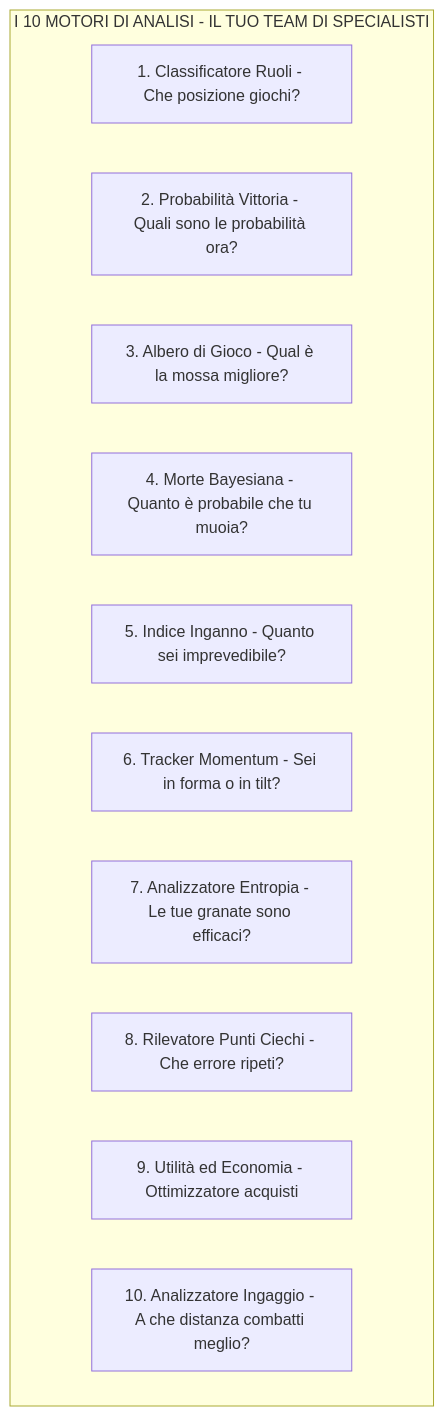
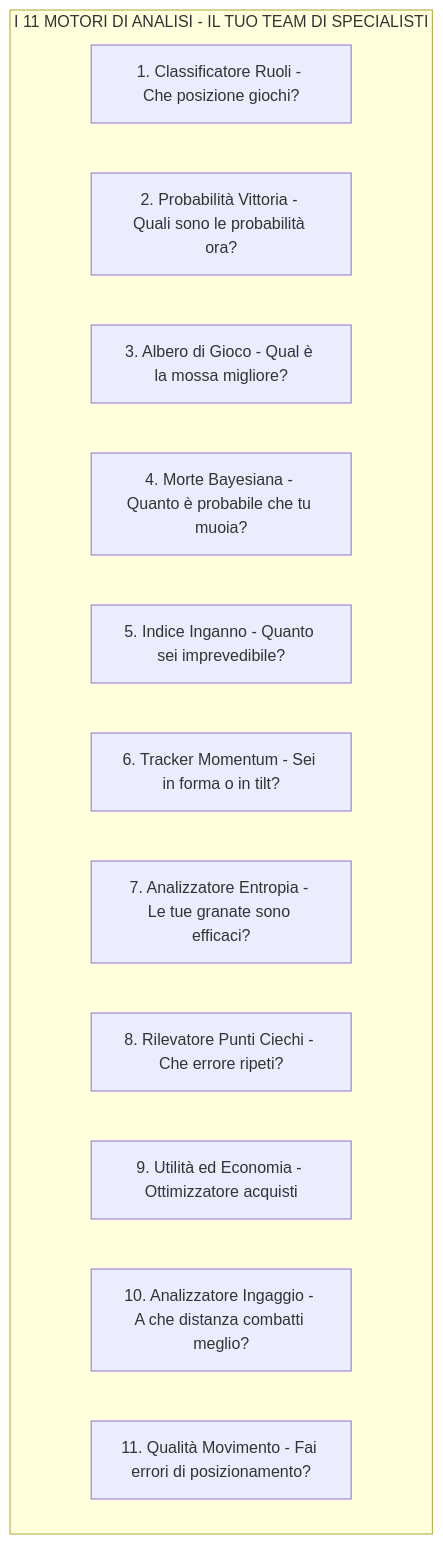
Diagram 16 of 48 in docs/books/Book-Coach-2.md (renanaugustomacena-ux/Counter-Strike-coach-AI), drawn with Mermaid before and after one commit. The commit also changed other lines of this file, not shown here.

````diff
--- a/docs/books/Book-Coach-2.md
+++ b/docs/books/Book-Coach-2.md
@@ -663,15 +736,16 @@
 ```mermaid
 flowchart TB
-    subgraph ENGINES["I 10 MOTORI DI ANALISI - IL TUO TEAM DI SPECIALISTI"]
+    subgraph ENGINES["I 11 MOTORI DI ANALISI - IL TUO TEAM DI SPECIALISTI"]
         E1["1. Classificatore Ruoli - Che posizione giochi?"]
         E2["2. Probabilità Vittoria - Quali sono le probabilità ora?"]
         E3["3. Albero di Gioco - Qual è la mossa migliore?"]
         E4["4. Morte Bayesiana - Quanto è probabile che tu muoia?"]
         E5["5. Indice Inganno - Quanto sei imprevedibile?"]
         E6["6. Tracker Momentum - Sei in forma o in tilt?"]
         E7["7. Analizzatore Entropia - Le tue granate sono efficaci?"]
         E8["8. Rilevatore Punti Ciechi - Che errore ripeti?"]
         E9["9. Utilità ed Economia - Ottimizzatore acquisti"]
         E10["10. Analizzatore Ingaggio - A che distanza combatti meglio?"]
+        E11["11. Qualità Movimento - Fai errori di posizionamento?"]
     end
 ```
````
